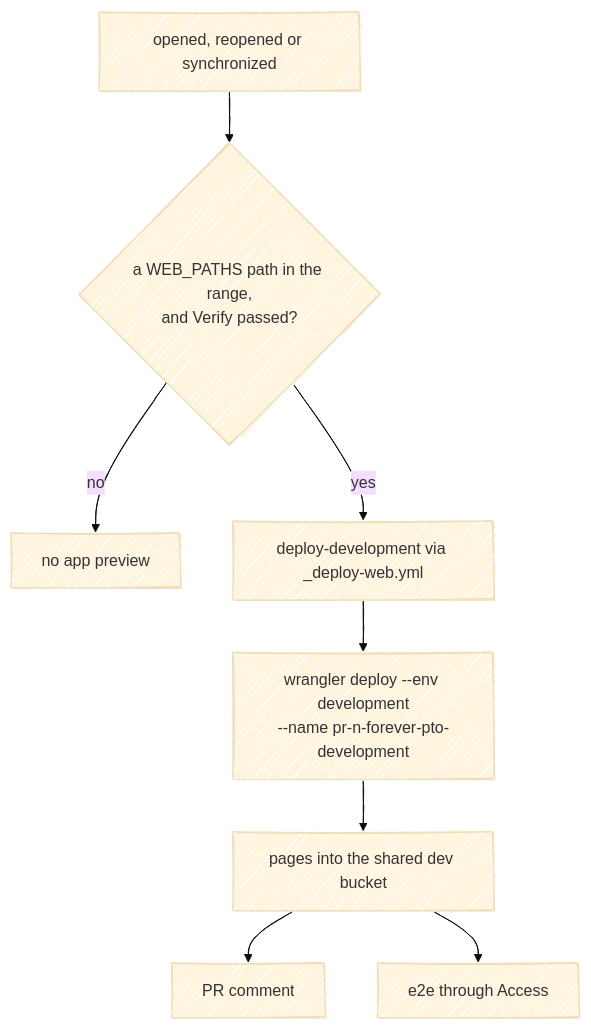
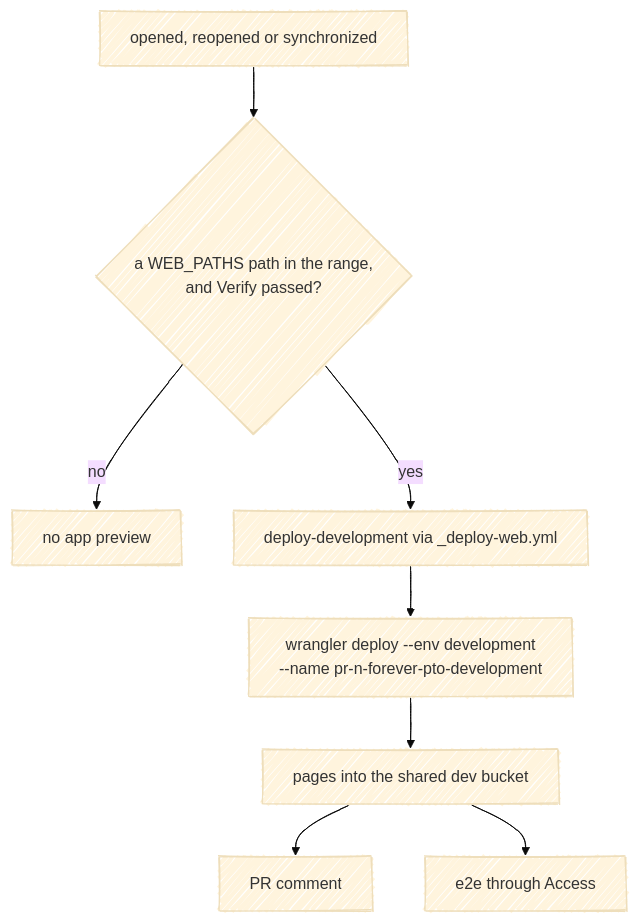
The first of 3 diagrams in apps/docs/src/content/docs/infra/environments.mdx (fbuireu/forever-pto), drawn with Mermaid (base theme) before and after one commit. The commit also changed 26 other files, not shown here.

First line of the commit message:
docs(diagrams): fix split words, overlaps and oversized Mermaid diagrams

````diff
--- a/apps/docs/src/content/docs/infra/environments.mdx
+++ b/apps/docs/src/content/docs/infra/environments.mdx
@@ -60,14 +60,16 @@
 ```mermaid
 ---
 config:
   look: handDrawn
   layout: dagre
+  flowchart:
+    wrappingWidth: 320
 ---
 flowchart TD
   O["opened, reopened or synchronized"] --> GATE{"a WEB_PATHS path in the range,<br/>and Verify passed?"}
   GATE -- no --> NONE["no app preview"]
   GATE -- yes --> DD["deploy-development via _deploy-web.yml"]
   DD --> W["wrangler deploy --env development<br/>--name pr-n-forever-pto-development"]
   W --> POP["pages into the shared dev bucket"]
   POP --> C["PR comment"] & E["e2e through Access"]
 ```
````
